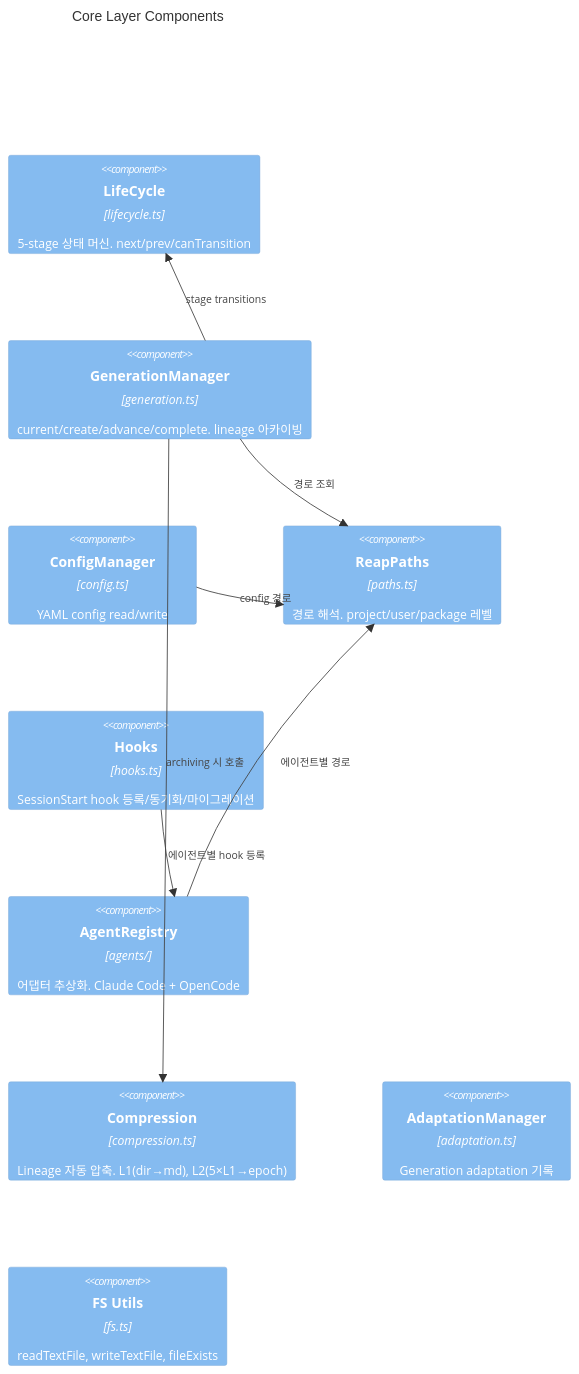
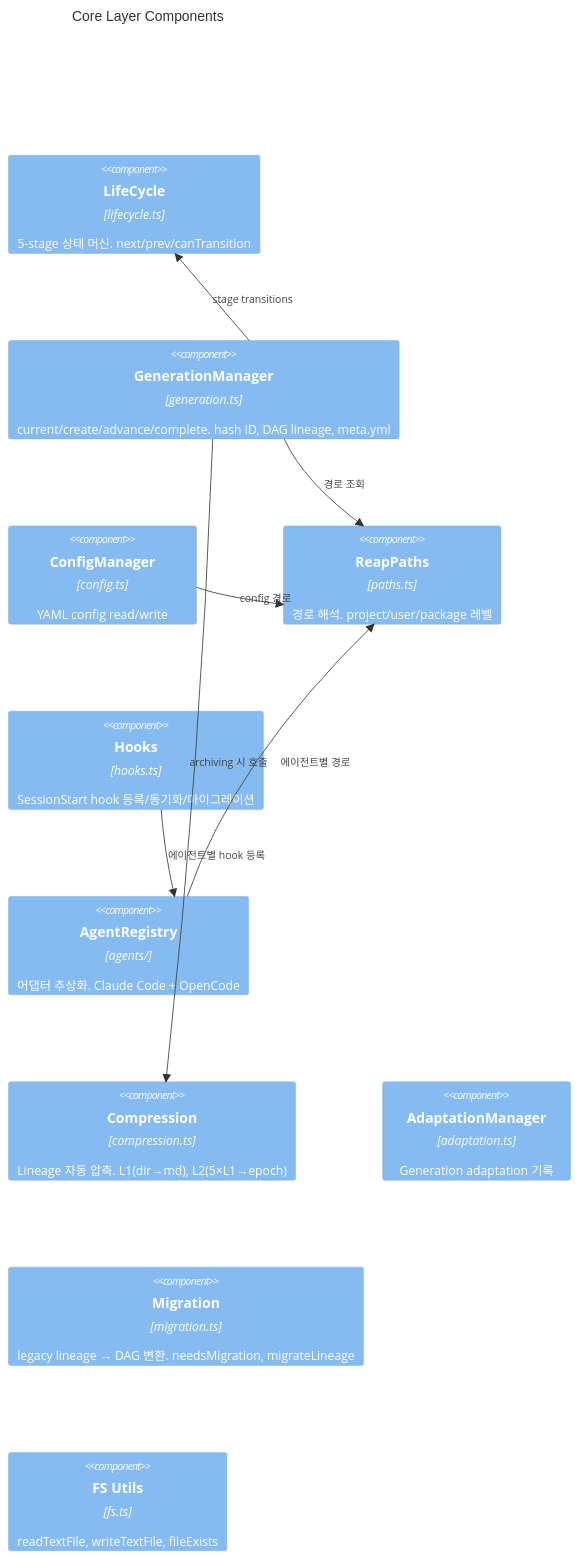
One commit to c-d-cc/reap changed the third of 3 diagrams in .reap/genome/source-map.md. Above: the diagram before and after it, drawn with Mermaid. The commit also changed other lines of this file and 16 other files, not shown here.

First line of the commit message:
feat(gen-042): Generation ID hash 기반 전환 + DAG lineage + migration (v0.4.0)

````diff
--- a/.reap/genome/source-map.md
+++ b/.reap/genome/source-map.md
@@ -48,21 +48,22 @@
 ```mermaid
 C4Component
   title Core Layer Components
 
   Component(lifecycle, "LifeCycle", "lifecycle.ts", "5-stage 상태 머신. next/prev/canTransition")
-  Component(generation, "GenerationManager", "generation.ts", "current/create/advance/complete. lineage 아카이빙")
+  Component(generation, "GenerationManager", "generation.ts", "current/create/advance/complete. hash ID, DAG lineage, meta.yml")
   Component(config, "ConfigManager", "config.ts", "YAML config read/write")
   Component(paths, "ReapPaths", "paths.ts", "경로 해석. project/user/package 레벨")
   Component(hooks, "Hooks", "hooks.ts", "SessionStart hook 등록/동기화/마이그레이션")
   Component(agents, "AgentRegistry", "agents/", "어댑터 추상화. Claude Code + OpenCode")
   Component(compression, "Compression", "compression.ts", "Lineage 자동 압축. L1(dir→md), L2(5×L1→epoch)")
   Component(adaptation, "AdaptationManager", "adaptation.ts", "Generation adaptation 기록")
+  Component(migration, "Migration", "migration.ts", "legacy lineage → DAG 변환. needsMigration, migrateLineage")
   Component(fs, "FS Utils", "fs.ts", "readTextFile, writeTextFile, fileExists")
 
   Rel(generation, lifecycle, "stage transitions")
   Rel(generation, compression, "archiving 시 호출")
   Rel(generation, paths, "경로 조회")
   Rel(hooks, agents, "에이전트별 hook 등록")
   Rel(agents, paths, "에이전트별 경로")
   Rel(config, paths, "config 경로")
 ```
````
